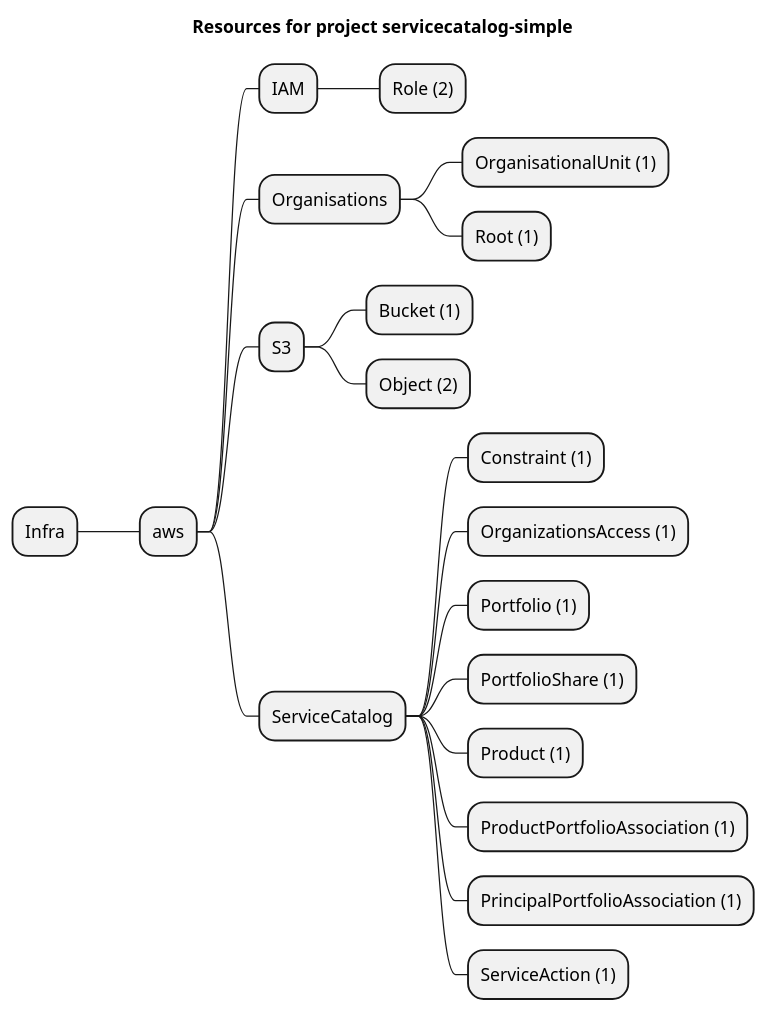
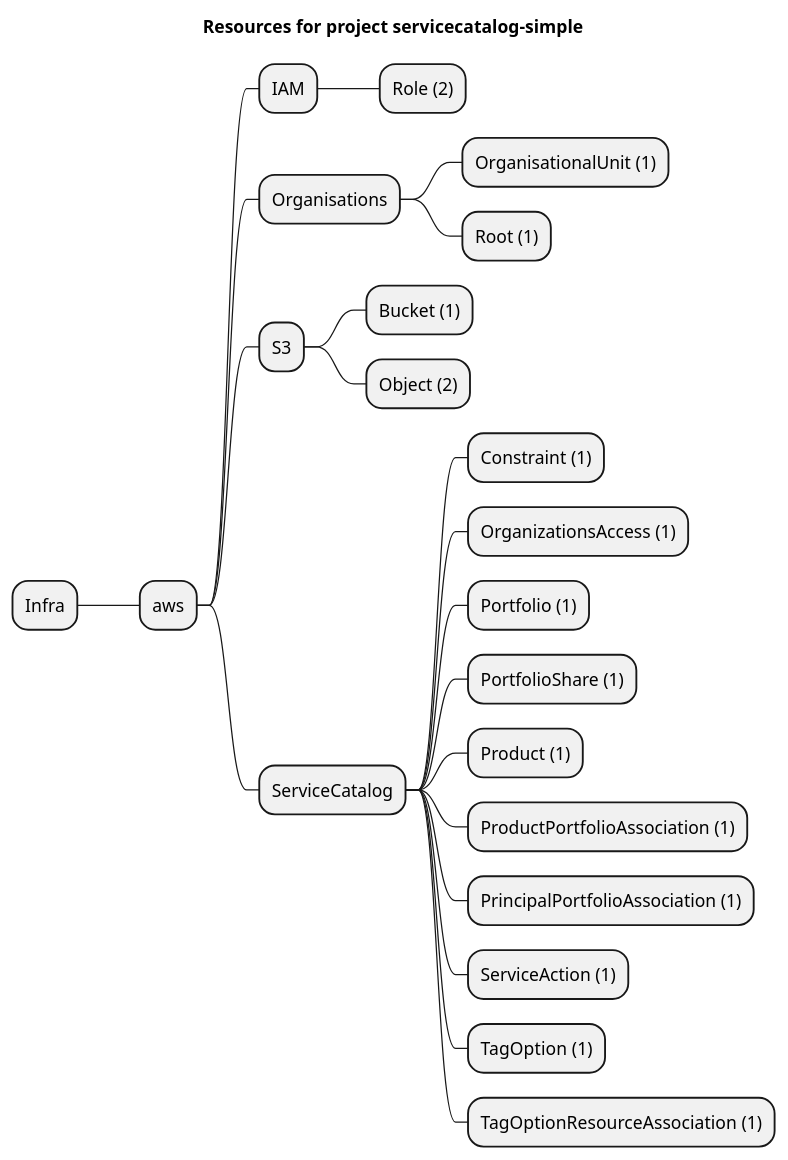
One commit to grucloud/grucloud changed the diagram in examples/aws/ServiceCatalog/servicecatalog-simple/artifacts/resources-mindmap.puml. Above: the diagram before and after it, drawn with PlantUML. The commit also changed 11 other files, not shown here.

Commit message:
ServiceCatalogTagOption ServiceCatalogTagOptionResourceAssociation

```diff
--- a/examples/aws/ServiceCatalog/servicecatalog-simple/artifacts/resources-mindmap.puml
+++ b/examples/aws/ServiceCatalog/servicecatalog-simple/artifacts/resources-mindmap.puml
@@ -1,23 +1,25 @@
 @startmindmap
 title Resources for project servicecatalog-simple
 skinparam monochrome true
 + Infra
 ++ aws
 +++ IAM
 ++++ Role (2)
 +++ Organisations
 ++++ OrganisationalUnit (1)
 ++++ Root (1)
 +++ S3
 ++++ Bucket (1)
 ++++ Object (2)
 +++ ServiceCatalog
 ++++ Constraint (1)
 ++++ OrganizationsAccess (1)
 ++++ Portfolio (1)
 ++++ PortfolioShare (1)
 ++++ Product (1)
 ++++ ProductPortfolioAssociation (1)
 ++++ PrincipalPortfolioAssociation (1)
 ++++ ServiceAction (1)
+++++ TagOption (1)
+++++ TagOptionResourceAssociation (1)
 @endmindmap
```
